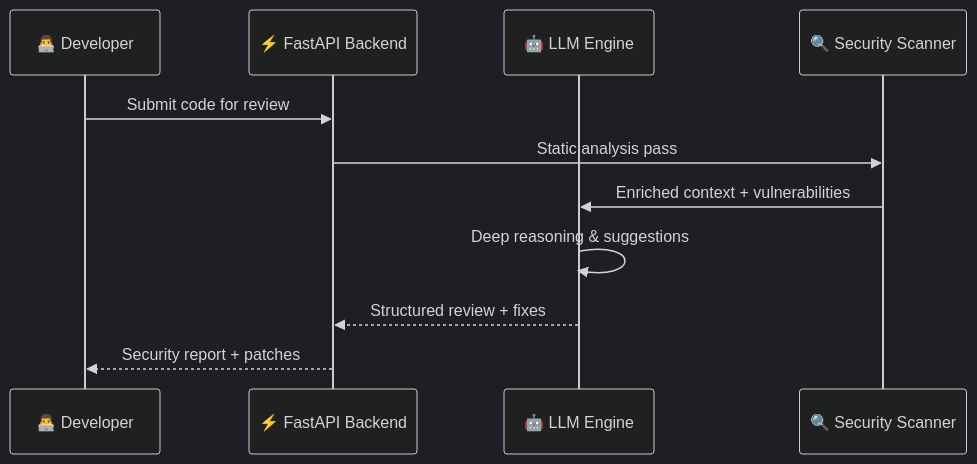
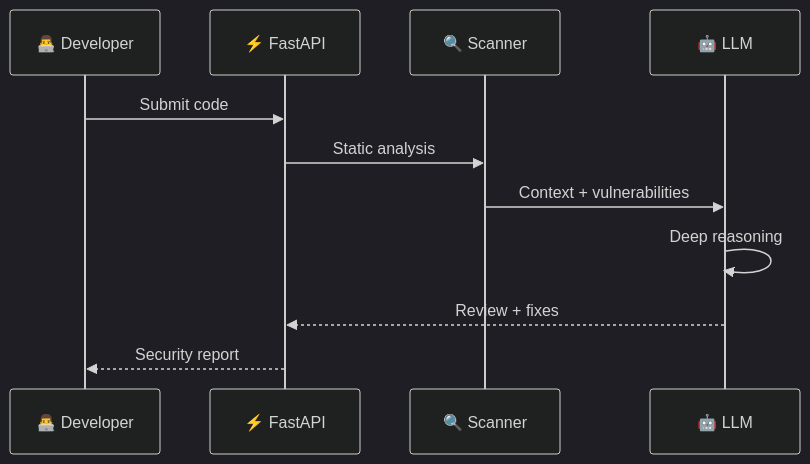
Before and after one commit to LuthandoCandlovu/LuthandoCandlovu: the fourth of 7 diagrams in README.md, drawn with Mermaid (dark theme). The commit also changed other lines of this file, not shown here.

````diff
--- a/README.md
+++ b/README.md
@@ -302,14 +279,14 @@
 ```mermaid
 sequenceDiagram
     participant Dev as 👨‍💻 Developer
-    participant API as ⚡ FastAPI Backend
-    participant LLM as 🤖 LLM Engine
-    participant Scan as 🔍 Security Scanner
-    
-    Dev->>API: Submit code for review
-    API->>Scan: Static analysis pass
-    Scan->>LLM: Enriched context + vulnerabilities
-    LLM->>LLM: Deep reasoning & suggestions
-    LLM-->>API: Structured review + fixes
-    API-->>Dev: Security report + patches
+    participant API as ⚡ FastAPI
+    participant Scan as 🔍 Scanner
+    participant LLM as 🤖 LLM
+
+    Dev->>API: Submit code
+    API->>Scan: Static analysis
+    Scan->>LLM: Context + vulnerabilities
+    LLM->>LLM: Deep reasoning
+    LLM-->>API: Review + fixes
+    API-->>Dev: Security report
 ```
````
